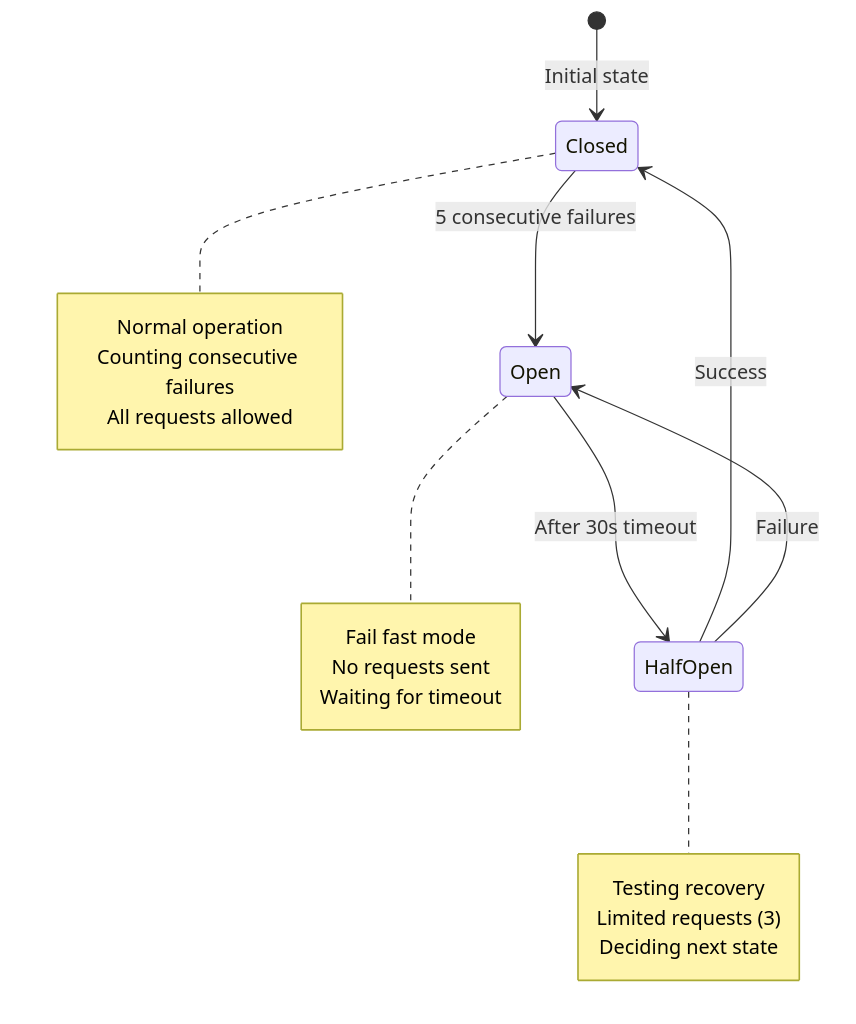
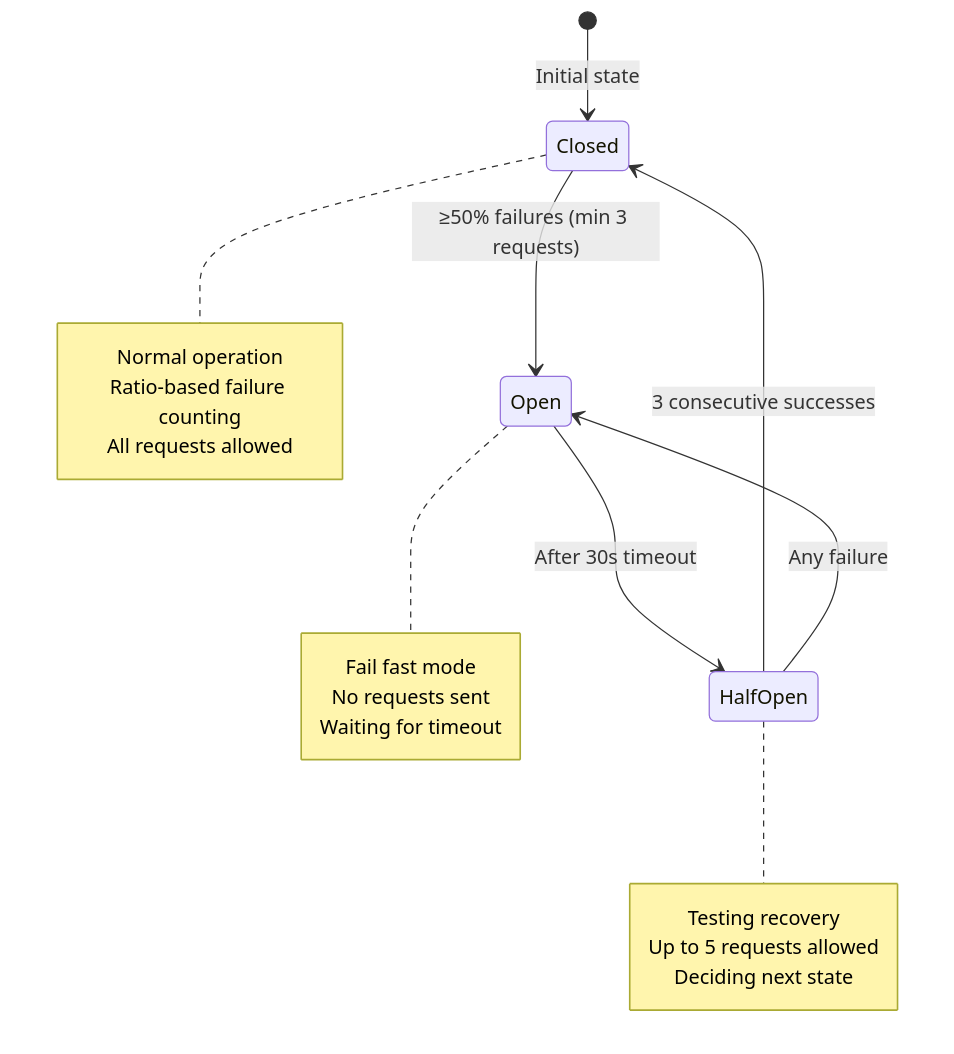
One commit to felipepmaragno/webhook-service changed the seventh of 12 diagrams in docs/architecture.md. Above: the diagram before and after it, drawn with Mermaid. The commit also changed other lines of this file and 12 other files, not shown here.

````diff
--- a/docs/architecture.md
+++ b/docs/architecture.md
@@ -310,27 +311,27 @@
 ```mermaid
 stateDiagram-v2
     [*] --> Closed: Initial state
     
-    Closed --> Open: 5 consecutive failures
+    Closed --> Open: ≥50% failures (min 3 requests)
     Open --> HalfOpen: After 30s timeout
-    HalfOpen --> Closed: Success
-    HalfOpen --> Open: Failure
+    HalfOpen --> Closed: 3 consecutive successes
+    HalfOpen --> Open: Any failure
     
     note right of Closed
         Normal operation
-        Counting consecutive failures
+        Ratio-based failure counting
         All requests allowed
     end note
     
     note right of Open
         Fail fast mode
         No requests sent
         Waiting for timeout
     end note
     
     note right of HalfOpen
         Testing recovery
-        Limited requests (3)
+        Up to 5 requests allowed
         Deciding next state
     end note
 ```
````
